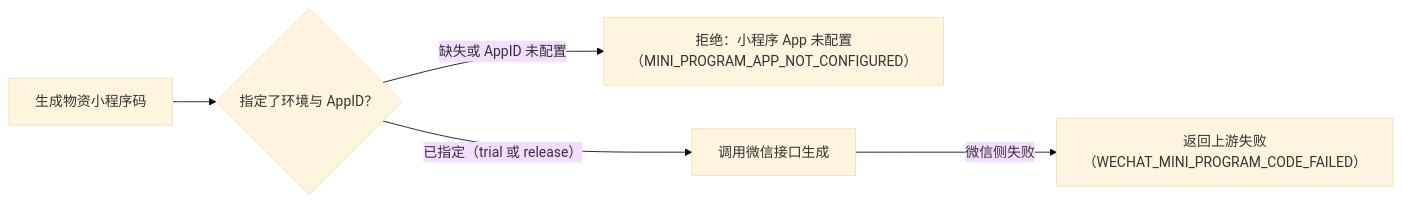
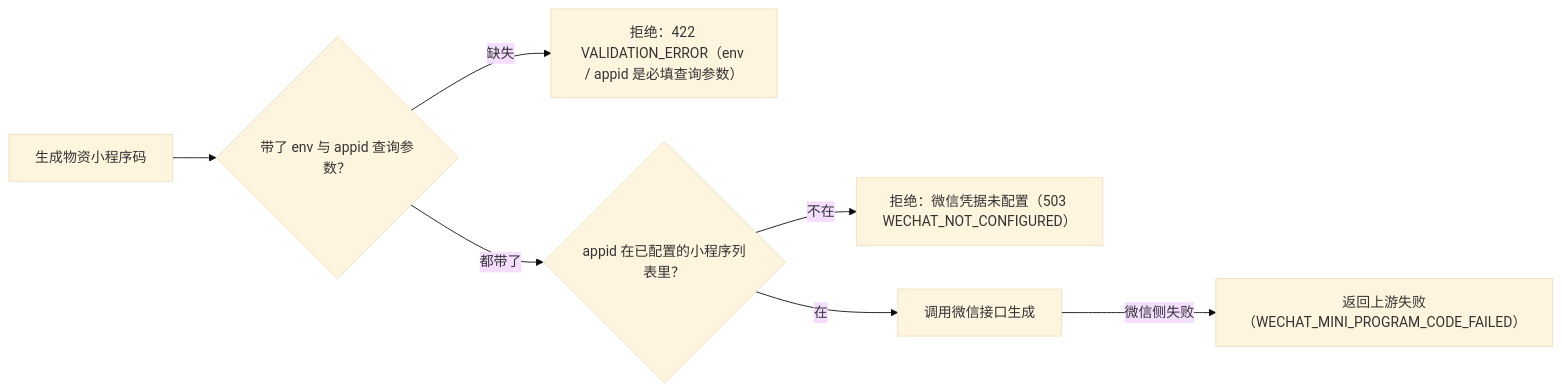
One commit to Sakana-1314/Electrical-Manager changed diagram 22 of 23 in docs/websites/pages/dev-state-machines.md. Above: the diagram before and after it, drawn with Mermaid (base theme). The commit also changed other lines of this file and 7 other files, not shown here.

````diff
--- a/docs/websites/pages/dev-state-machines.md
+++ b/docs/websites/pages/dev-state-machines.md
@@ -419,7 +419,9 @@
 ```mermaid
 flowchart LR
-    A["生成物资小程序码"] --> B{"指定了环境与 AppID？"}
-    B -- "缺失或 AppID 未配置" --> N1["拒绝：小程序 App 未配置（MINI_PROGRAM_APP_NOT_CONFIGURED）"]
-    B -- "已指定（trial 或 release）" --> C["调用微信接口生成"]
+    A["生成物资小程序码"] --> B{"带了 env 与 appid 查询参数？"}
+    B -- "缺失" --> N0["拒绝：422 VALIDATION_ERROR（env / appid 是必填查询参数）"]
+    B -- "都带了" --> D{"appid 在已配置的小程序列表里？"}
+    D -- "不在" --> N1["拒绝：微信凭据未配置（503 WECHAT_NOT_CONFIGURED）"]
+    D -- "在" --> C["调用微信接口生成"]
     C -- "微信侧失败" --> N2["返回上游失败（WECHAT_MINI_PROGRAM_CODE_FAILED）"]
 ```
````
